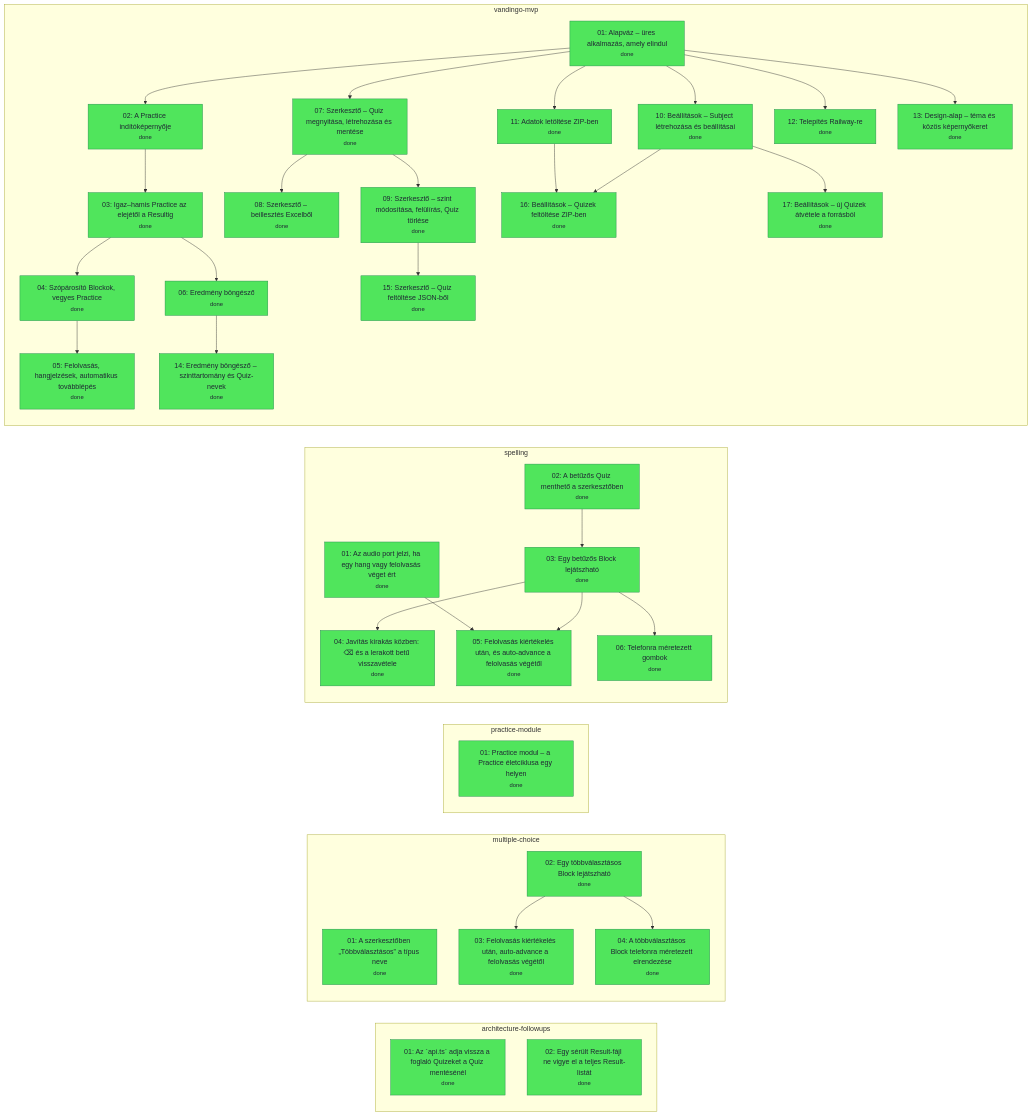
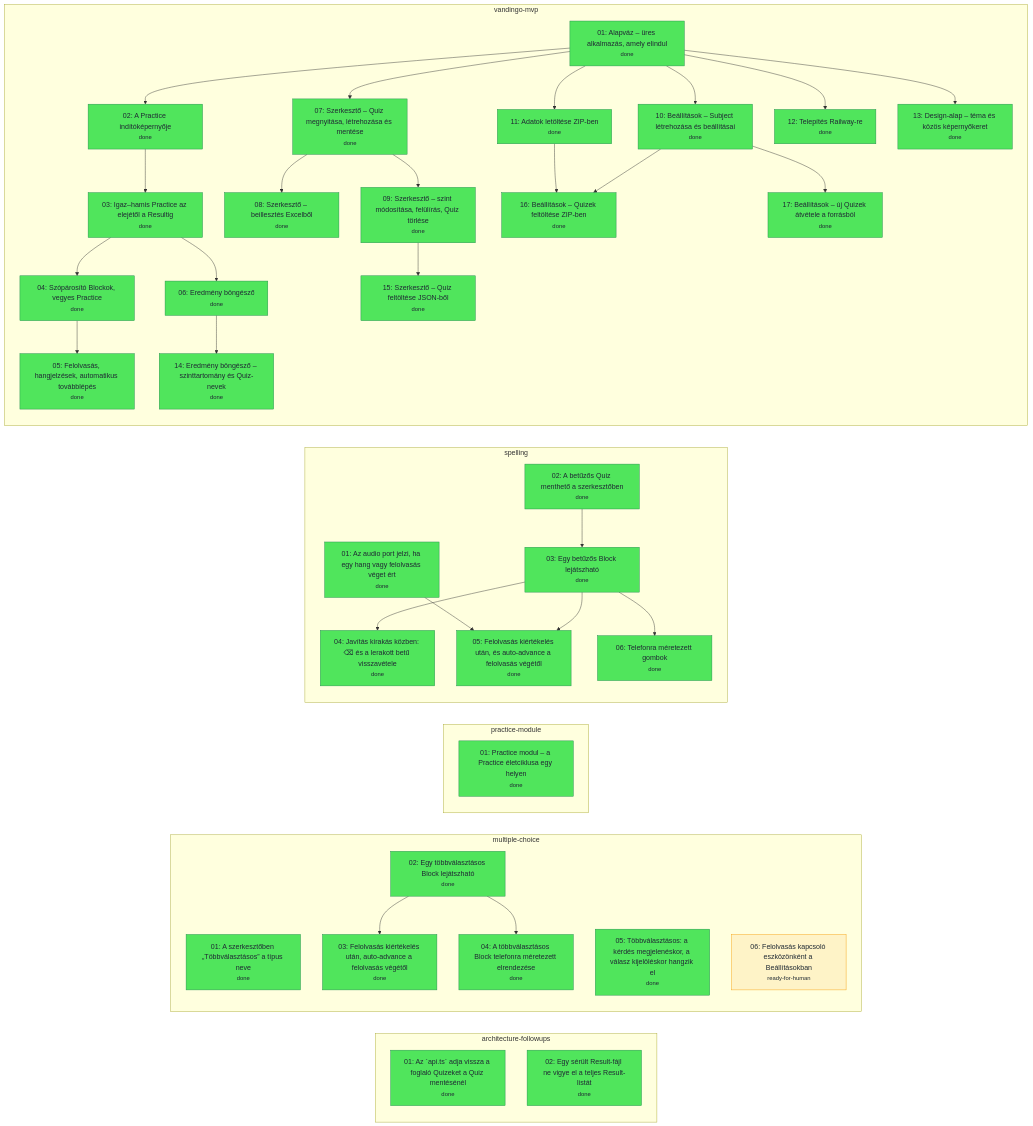
Before and after one commit to nagyandor76/Vandingo: the diagram in .scratch/tickets.mmd, drawn with Mermaid. The commit also changed 13 other files, not shown here.

First line of the commit message:
Többválasztásos: a kérdés megjelenéskor, a válasz kijelöléskor hangzik el; felolvasás kapcsoló eszközönként

```diff
--- a/.scratch/tickets.mmd
+++ b/.scratch/tickets.mmd
@@ -1,71 +1,73 @@
 flowchart LR
   subgraph architecture_followups_feature["architecture-followups"]
     architecture_followups_1["01: Az `api.ts` adja vissza a foglaló Quizeket a Quiz mentésénél<br/><small>done</small>"]:::done
     architecture_followups_2["02: Egy sérült Result-fájl ne vigye el a teljes Result-listát<br/><small>done</small>"]:::done
   end
   subgraph multiple_choice_feature["multiple-choice"]
     multiple_choice_1["01: A szerkesztőben „Többválasztásos” a típus neve<br/><small>done</small>"]:::done
     multiple_choice_2["02: Egy többválasztásos Block lejátszható<br/><small>done</small>"]:::done
     multiple_choice_3["03: Felolvasás kiértékelés után, auto-advance a felolvasás végétől<br/><small>done</small>"]:::done
     multiple_choice_4["04: A többválasztásos Block telefonra méretezett elrendezése<br/><small>done</small>"]:::done
+    multiple_choice_5["05: Többválasztásos: a kérdés megjelenéskor, a válasz kijelöléskor hangzik el<br/><small>done</small>"]:::done
+    multiple_choice_6["06: Felolvasás kapcsoló eszközönként a Beállításokban<br/><small>ready-for-human</small>"]:::ready_for_human
   end
   subgraph practice_module_feature["practice-module"]
     practice_module_1["01: Practice modul – a Practice életciklusa egy helyen<br/><small>done</small>"]:::done
   end
   subgraph spelling_feature["spelling"]
     spelling_1["01: Az audio port jelzi, ha egy hang vagy felolvasás véget ért<br/><small>done</small>"]:::done
     spelling_2["02: A betűzős Quiz menthető a szerkesztőben<br/><small>done</small>"]:::done
     spelling_3["03: Egy betűzős Block lejátszható<br/><small>done</small>"]:::done
     spelling_4["04: Javítás kirakás közben: ⌫ és a lerakott betű visszavétele<br/><small>done</small>"]:::done
     spelling_5["05: Felolvasás kiértékelés után, és auto-advance a felolvasás végétől<br/><small>done</small>"]:::done
     spelling_6["06: Telefonra méretezett gombok<br/><small>done</small>"]:::done
   end
   subgraph vandingo_mvp_feature["vandingo-mvp"]
     vandingo_mvp_1["01: Alapváz – üres alkalmazás, amely elindul<br/><small>done</small>"]:::done
     vandingo_mvp_2["02: A Practice indítóképernyője<br/><small>done</small>"]:::done
     vandingo_mvp_3["03: Igaz–hamis Practice az elejétől a Resultig<br/><small>done</small>"]:::done
     vandingo_mvp_4["04: Szópárosító Blockok, vegyes Practice<br/><small>done</small>"]:::done
     vandingo_mvp_5["05: Felolvasás, hangjelzések, automatikus továbblépés<br/><small>done</small>"]:::done
     vandingo_mvp_6["06: Eredmény böngésző<br/><small>done</small>"]:::done
     vandingo_mvp_7["07: Szerkesztő – Quiz megnyitása, létrehozása és mentése<br/><small>done</small>"]:::done
     vandingo_mvp_8["08: Szerkesztő – beillesztés Excelből<br/><small>done</small>"]:::done
     vandingo_mvp_9["09: Szerkesztő – szint módosítása, felülírás, Quiz törlése<br/><small>done</small>"]:::done
     vandingo_mvp_10["10: Beállítások – Subject létrehozása és beállításai<br/><small>done</small>"]:::done
     vandingo_mvp_11["11: Adatok letöltése ZIP-ben<br/><small>done</small>"]:::done
     vandingo_mvp_12["12: Telepítés Railway-re<br/><small>done</small>"]:::done
     vandingo_mvp_13["13: Design-alap – téma és közös képernyőkeret<br/><small>done</small>"]:::done
     vandingo_mvp_14["14: Eredmény böngésző – szinttartomány és Quiz-nevek<br/><small>done</small>"]:::done
     vandingo_mvp_15["15: Szerkesztő – Quiz feltöltése JSON-ből<br/><small>done</small>"]:::done
     vandingo_mvp_16["16: Beállítások – Quizek feltöltése ZIP-ben<br/><small>done</small>"]:::done
     vandingo_mvp_17["17: Beállítások – új Quizek átvétele a forrásból<br/><small>done</small>"]:::done
   end
   multiple_choice_2 --> multiple_choice_3
   multiple_choice_2 --> multiple_choice_4
   spelling_2 --> spelling_3
   spelling_3 --> spelling_4
   spelling_1 --> spelling_5
   spelling_3 --> spelling_5
   spelling_3 --> spelling_6
   vandingo_mvp_1 --> vandingo_mvp_2
   vandingo_mvp_2 --> vandingo_mvp_3
   vandingo_mvp_3 --> vandingo_mvp_4
   vandingo_mvp_4 --> vandingo_mvp_5
   vandingo_mvp_3 --> vandingo_mvp_6
   vandingo_mvp_1 --> vandingo_mvp_7
   vandingo_mvp_7 --> vandingo_mvp_8
   vandingo_mvp_7 --> vandingo_mvp_9
   vandingo_mvp_1 --> vandingo_mvp_10
   vandingo_mvp_1 --> vandingo_mvp_11
   vandingo_mvp_1 --> vandingo_mvp_12
   vandingo_mvp_1 --> vandingo_mvp_13
   vandingo_mvp_6 --> vandingo_mvp_14
   vandingo_mvp_9 --> vandingo_mvp_15
   vandingo_mvp_10 --> vandingo_mvp_16
   vandingo_mvp_11 --> vandingo_mvp_16
   vandingo_mvp_10 --> vandingo_mvp_17
   classDef done fill:#50e55c,stroke:#1f8a4c,color:#1f2933
   classDef ready_for_agent fill:#e0f2fe,stroke:#0ea5e9,color:#1f2933
   classDef ready_for_human fill:#fef3c7,stroke:#f59e0b,color:#1f2933
   classDef needs_triage fill:#f3f4f6,stroke:#6b7480,color:#1f2933
   classDef needs_info fill:#fbecea,stroke:#c2413b,color:#1f2933
   classDef wontfix fill:#f3f4f6,stroke:#9ca3af,color:#6b7480,stroke-dasharray:4
```
